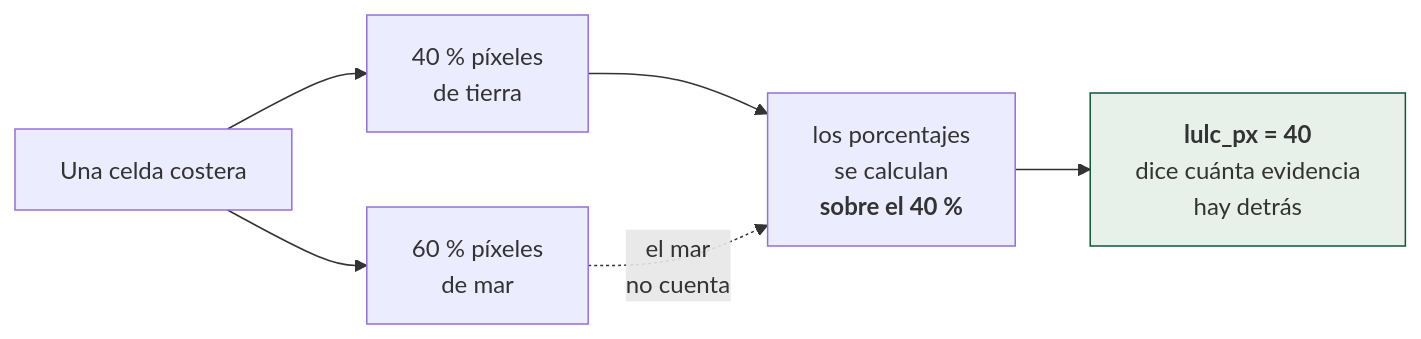
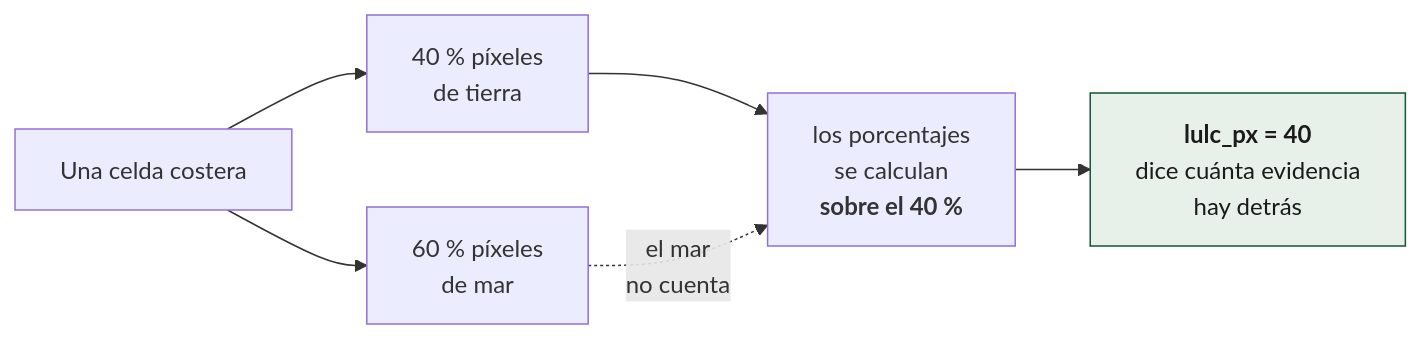
One commit to sforero77/CENTINELA changed the second of 3 diagrams in docs/datos/agregaciones.md. Above: the diagram before and after it, drawn with Mermaid. The commit also changed other lines of this file and 24 other files, not shown here.

First line of the commit message:
Los rotulos de los diagramas se borraban en tema oscuro

````diff
--- a/docs/datos/agregaciones.md
+++ b/docs/datos/agregaciones.md
@@ -49,10 +49,10 @@
 ```mermaid
 flowchart LR
   C["Una celda costera"] --> P1["40 % píxeles<br/>de tierra"]
   C --> P2["60 % píxeles<br/>de mar"]
   P1 --> CALC["los porcentajes<br/>se calculan<br/><b>sobre el 40 %</b>"]
   P2 -.->|"el mar<br/>no cuenta"| CALC
   CALC --> PX["<b>lulc_px = 40</b><br/>dice cuánta evidencia<br/>hay detrás"]
 
-  style PX fill:#e8f0ea,stroke:#0f5636
+  style PX fill:#e8f0ea,stroke:#0f5636,color:#1c1b1a
 ```
````
